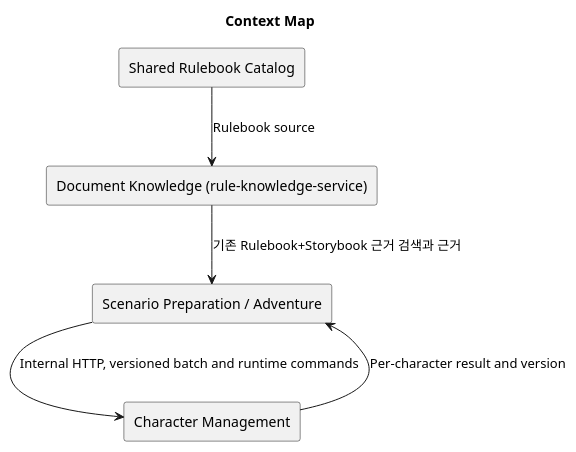
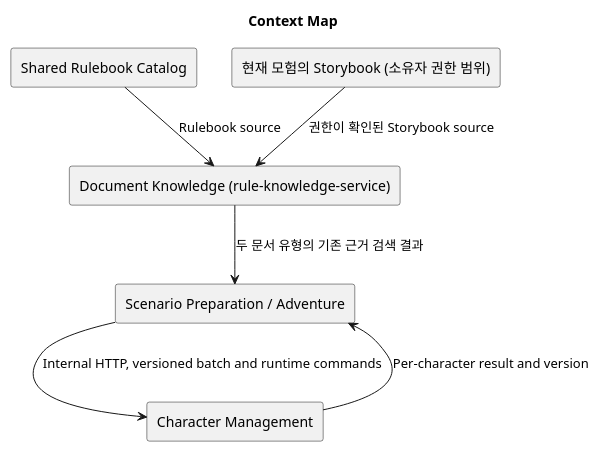
The third of 10 diagrams in docs/specs/character-sheet-shared-fields-runtime-state/architecture-spec.md (omegafrog/dnd-master), drawn with PlantUML before and after one commit. The commit also changed other lines of this file, not shown here.

Commit message:
docs: show adventure Storybook search scope

````diff
--- a/docs/specs/character-sheet-shared-fields-runtime-state/architecture-spec.md
+++ b/docs/specs/character-sheet-shared-fields-runtime-state/architecture-spec.md
@@ -178,13 +178,15 @@
 ```plantuml
 @startuml
 title Context Map
 rectangle "Document Knowledge (rule-knowledge-service)" as rk
 rectangle "Scenario Preparation / Adventure" as adv
 rectangle "Character Management" as cm
 rectangle "Shared Rulebook Catalog" as catalog
+rectangle "현재 모험의 Storybook (소유자 권한 범위)" as storybook
 catalog --> rk : Rulebook source
-rk --> adv : 기존 Rulebook+Storybook 근거 검색과 근거
+storybook --> rk : 권한이 확인된 Storybook source
+rk --> adv : 두 문서 유형의 기존 근거 검색 결과
 adv --> cm : Internal HTTP, versioned batch and runtime commands
 cm --> adv : Per-character result and version
 @enduml
 ```
````
